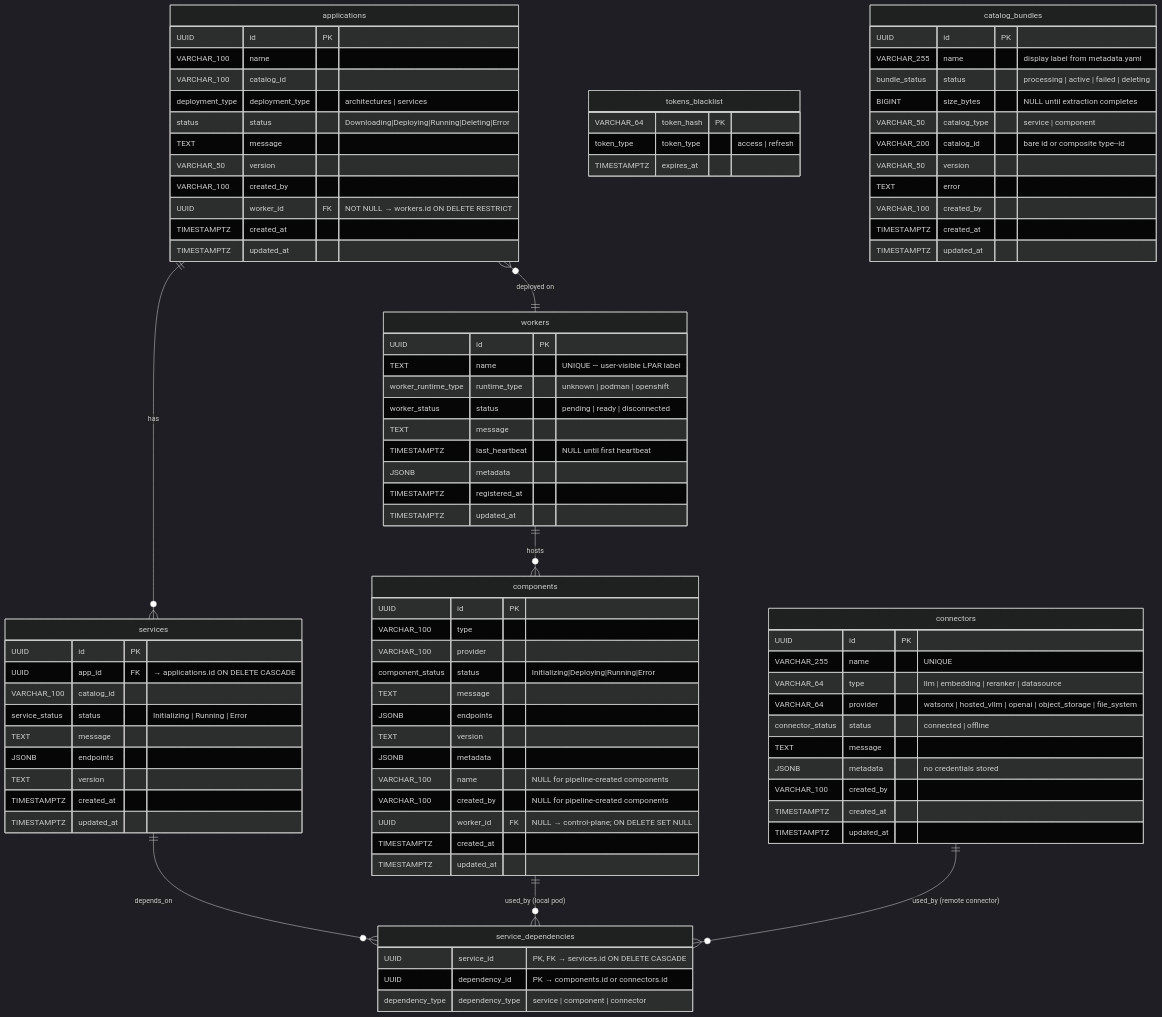
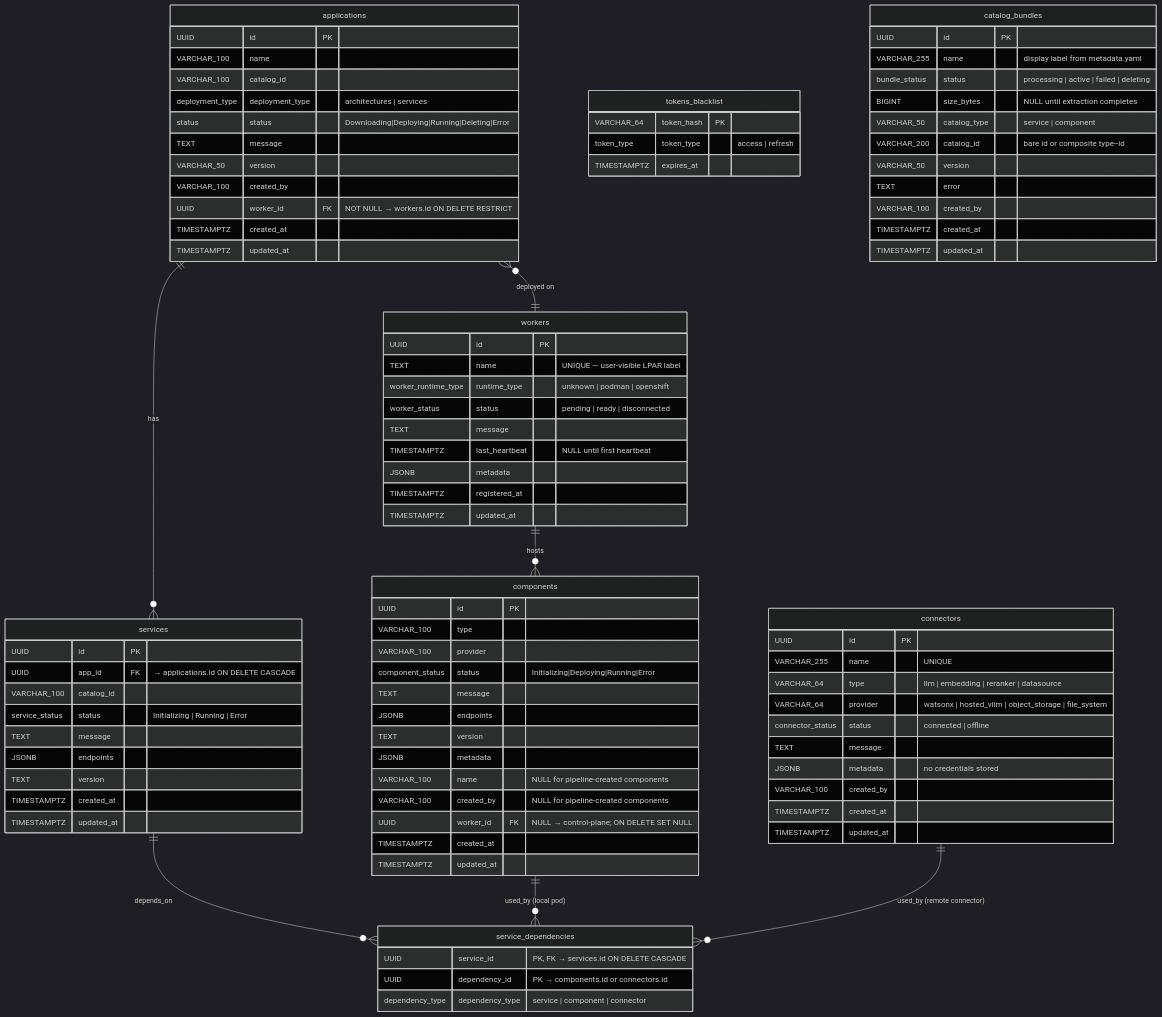
One commit to IBM/project-ai-services changed the diagram in docs/proposals/model-management/model-management-LLD.md. Above: the diagram before and after it, drawn with Mermaid (dark theme). The commit also changed other lines of this file, not shown here.

```diff
--- a/docs/proposals/model-management/model-management-LLD.md
+++ b/docs/proposals/model-management/model-management-LLD.md
@@ -943,7 +942,7 @@
         UUID             id              PK
         VARCHAR_255      name               "UNIQUE"
         VARCHAR_64       type               "llm | embedding | reranker | datasource"
-        VARCHAR_64       provider           "watsonx | hosted_vllm | openai | object_storage | file_system"
+        VARCHAR_64       provider           "watsonx | hosted_vllm | object_storage | file_system"
         connector_status status             "connected | offline"
         TEXT             message
         JSONB            metadata           "no credentials stored"
```
